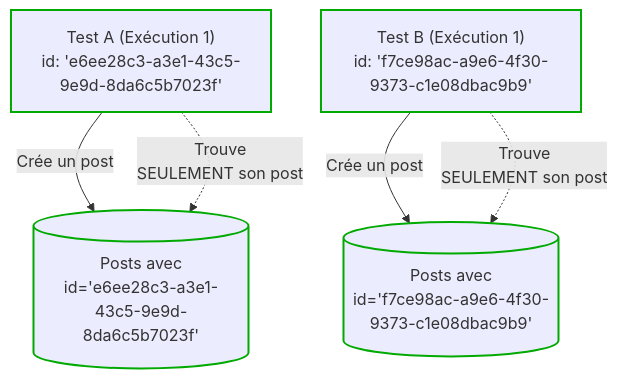
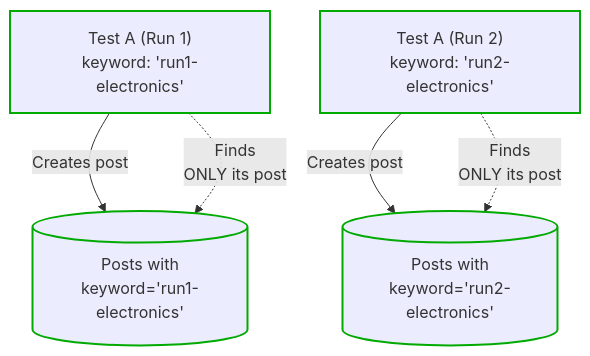
One commit to VilledeMontreal/concurrent-api-tests changed the first of 2 diagrams in README-fr.md. Above: the diagram before and after it, drawn with Mermaid. The commit also changed 1 other file, not shown here.

Commit message:
feat: better diagram

````diff
--- a/README-fr.md
+++ b/README-fr.md
@@ -32,20 +32,20 @@
 ```mermaid
 graph TB
   %% Define reusable styles
   classDef default stroke:#00aa00,stroke-width:2px
 
-  A1["Test A (Exécution 1)<br/>id: 'e6ee28c3-a3e1-43c5-9e9d-8da6c5b7023f'"]
-  B1["Test B (Exécution 1)<br/>id: 'f7ce98ac-a9e6-4f30-9373-c1e08dbac9b9'"]
-
-  DB1[("Posts avec<br/>id='e6ee28c3-a3e1-43c5-9e9d-8da6c5b7023f'")]
-  DB2[("Posts avec<br/>id='f7ce98ac-a9e6-4f30-9373-c1e08dbac9b9'")]
-
-  A1 -->|Crée un post| DB1
-  B1 -->|Crée un post| DB2
-
-  A1 -.->|Trouve <br/>SEULEMENT son post| DB1
-  B1 -.->|Trouve <br/>SEULEMENT son post| DB2
+  A1["Test A (Run 1)<br/>keyword: 'run1-electronics'"]
+  A2["Test A (Run 2)<br/>keyword: 'run2-electronics'"]
+  
+  DB1[("Posts with<br/>keyword='run1-electronics'")]
+  DB2[("Posts with<br/>keyword='run2-electronics'")]
+  
+  A1 -->|Creates post| DB1
+  A2 -->|Creates post| DB2
+  
+  A1 -.->|Finds <br/>ONLY its post| DB1
+  A2 -.->|Finds <br/>ONLY its post| DB2  
 
   %% Apply styles
-  class A1,B1,DB1,DB2 default
+  class A1,A2,DB1,DB2 default
 ```
````
